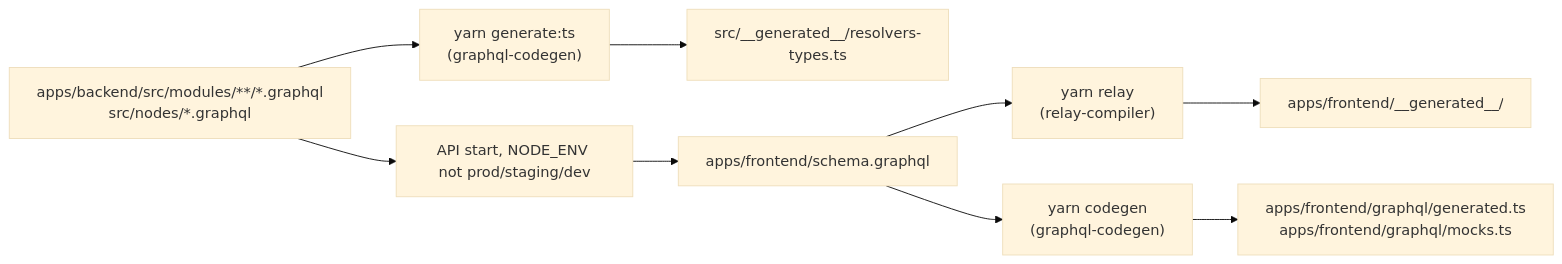
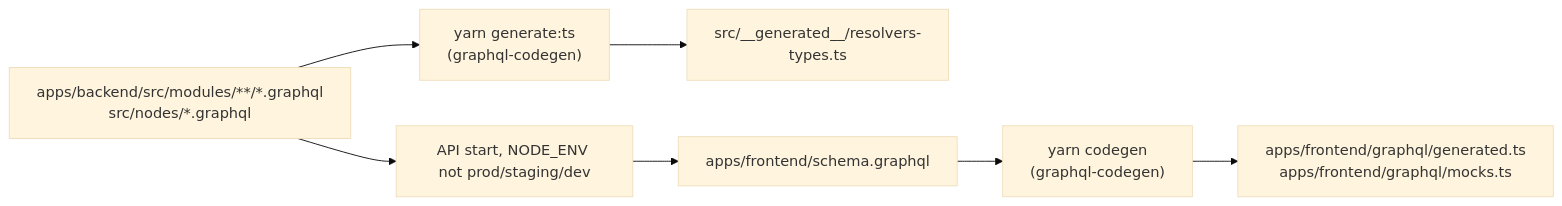
The diagram in .claude/rules/graphql.md (XTM-Hub/xtm-hub), drawn with Mermaid (base theme) before and after one commit. The commit also changed other lines of this file and 74 other files, not shown here.

Commit message:
chore(frontend): remove Relay from the frontend (#3528) (#4516)

````diff
--- a/.claude/rules/graphql.md
+++ b/.claude/rules/graphql.md
@@ -15,11 +14,9 @@
 ```mermaid
 flowchart LR
     A["apps/backend/src/modules/**/*.graphql<br/>src/nodes/*.graphql"] --> B["yarn generate:ts<br/>(graphql-codegen)"]
     B --> C["src/__generated__/resolvers-types.ts"]
     A --> D["API start, NODE_ENV not prod/staging/dev"]
     D --> E["apps/frontend/schema.graphql"]
-    E --> F["yarn relay<br/>(relay-compiler)"]
-    F --> G["apps/frontend/__generated__/"]
-    E --> H["yarn codegen<br/>(graphql-codegen)"]
-    H --> I["apps/frontend/graphql/generated.ts<br/>apps/frontend/graphql/mocks.ts"]
+    E --> F["yarn codegen<br/>(graphql-codegen)"]
+    F --> G["apps/frontend/graphql/generated.ts<br/>apps/frontend/graphql/mocks.ts"]
 ```
````
